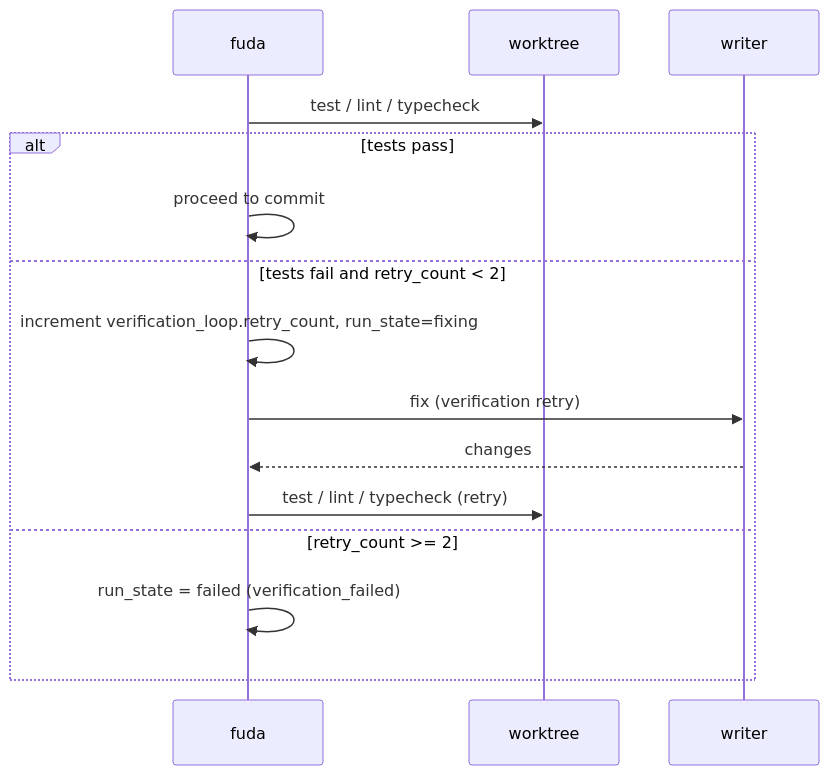
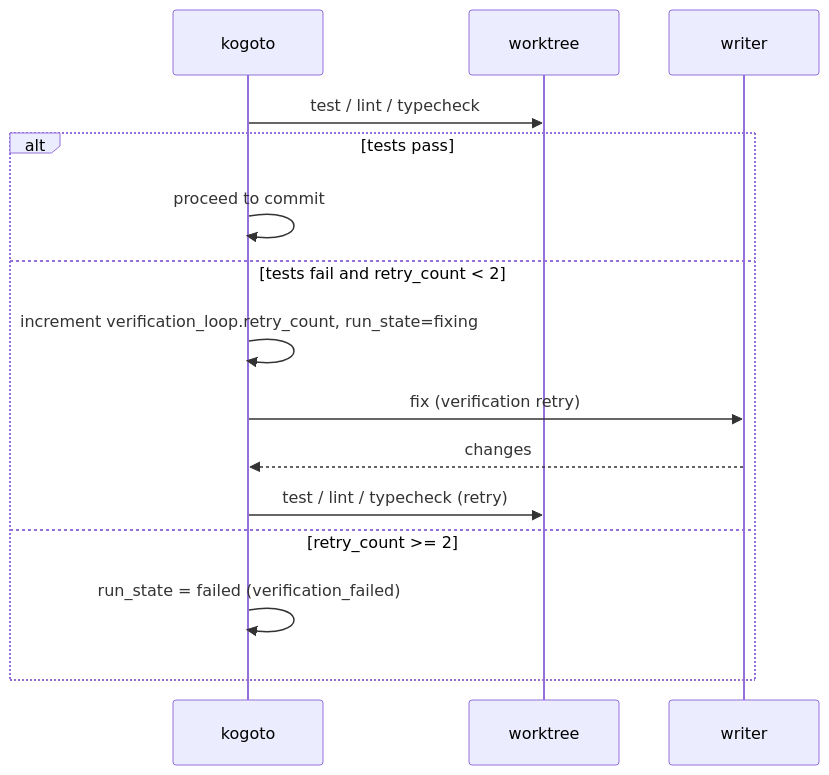
The third of 4 diagrams in docs/internal/processing-sequence.md (tooppoo/Fuda), drawn with Mermaid before and after one commit. The commit also changed other lines of this file and 18 other files, not shown here.

First line of the commit message:
feat: Fuda → Kogoto rename (#44, #45, #46)

````diff
--- a/docs/internal/processing-sequence.md
+++ b/docs/internal/processing-sequence.md
@@ -200,18 +200,18 @@
 ```mermaid
 sequenceDiagram
-    participant fuda
+    participant kogoto
     participant worktree
     participant writer
 
-    fuda->>worktree: test / lint / typecheck
+    kogoto->>worktree: test / lint / typecheck
     alt tests pass
-        fuda->>fuda: proceed to commit
+        kogoto->>kogoto: proceed to commit
     else tests fail and retry_count < 2
-        fuda->>fuda: increment verification_loop.retry_count, run_state=fixing
-        fuda->>writer: fix (verification retry)
-        writer-->>fuda: changes
-        fuda->>worktree: test / lint / typecheck (retry)
+        kogoto->>kogoto: increment verification_loop.retry_count, run_state=fixing
+        kogoto->>writer: fix (verification retry)
+        writer-->>kogoto: changes
+        kogoto->>worktree: test / lint / typecheck (retry)
     else retry_count >= 2
-        fuda->>fuda: run_state = failed (verification_failed)
+        kogoto->>kogoto: run_state = failed (verification_failed)
     end
 ```
````
